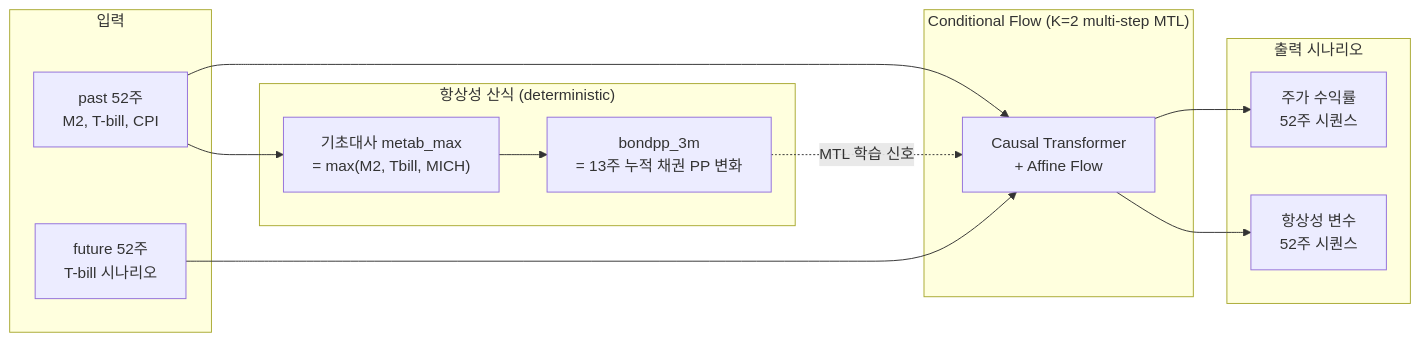
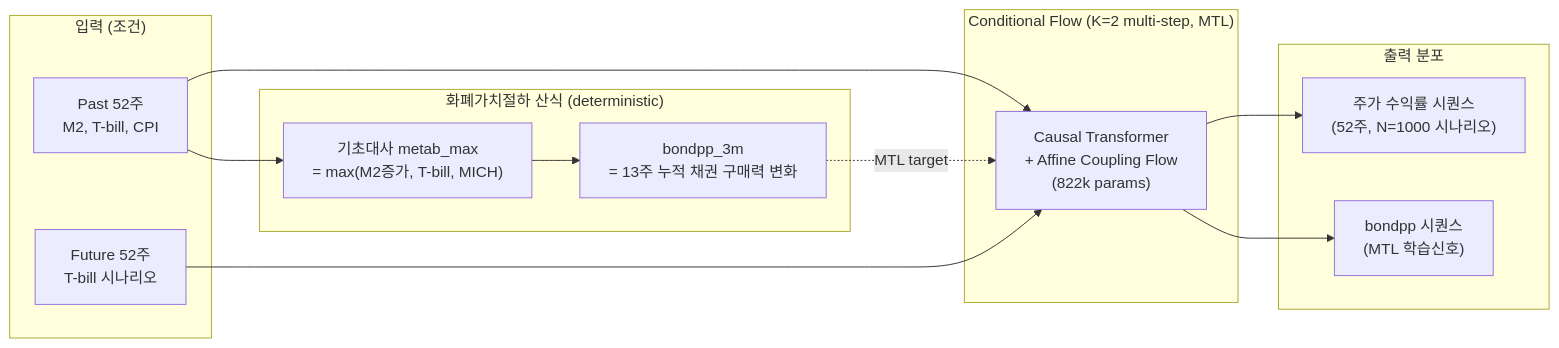
One commit to hwayobi2020/homeostatic-market changed the diagram in README.md. Above: the diagram before and after it, drawn with Mermaid. The commit also changed other lines of this file, not shown here.

First line of the commit message:
README rewrite — 화폐가치절하 임베딩 (Purchasing-Power Debasement) framing 으로 전환

````diff
--- a/README.md
+++ b/README.md
@@ -35,24 +72,24 @@
 ```mermaid
 flowchart LR
-    subgraph IN["입력"]
-      A["past 52주<br/>M2, T-bill, CPI"]
-      B["future 52주<br/>T-bill 시나리오"]
+    subgraph IN["입력 (조건)"]
+      A["Past 52주<br/>M2, T-bill, CPI"]
+      B["Future 52주<br/>T-bill 시나리오"]
     end
-    subgraph DERIV["항상성 산식 (deterministic)"]
-      C["기초대사 metab_max<br/>= max(M2, Tbill, MICH)"]
-      D["bondpp_3m<br/>= 13주 누적 채권 PP 변화"]
+    subgraph DERIV["화폐가치절하 산식 (deterministic)"]
+      C["기초대사 metab_max<br/>= max(M2증가, T-bill, MICH)"]
+      D["bondpp_3m<br/>= 13주 누적 채권 구매력 변화"]
     end
-    subgraph MODEL["Conditional Flow (K=2 multi-step MTL)"]
-      F["Causal Transformer<br/>+ Affine Flow"]
+    subgraph MODEL["Conditional Flow (K=2 multi-step, MTL)"]
+      F["Causal Transformer<br/>+ Affine Coupling Flow<br/>(822k params)"]
     end
-    subgraph OUT["출력 시나리오"]
-      G["주가 수익률<br/>52주 시퀀스"]
-      H["항상성 변수<br/>52주 시퀀스"]
+    subgraph OUT["출력 분포"]
+      G["주가 수익률 시퀀스<br/>(52주, N=1000 시나리오)"]
+      H["bondpp 시퀀스<br/>(MTL 학습신호)"]
     end
     A --> F
     B --> F
     A --> C --> D
-    D -.MTL 학습 신호.-> F
+    D -.MTL target.-> F
     F --> G
     F --> H
 ```
````
